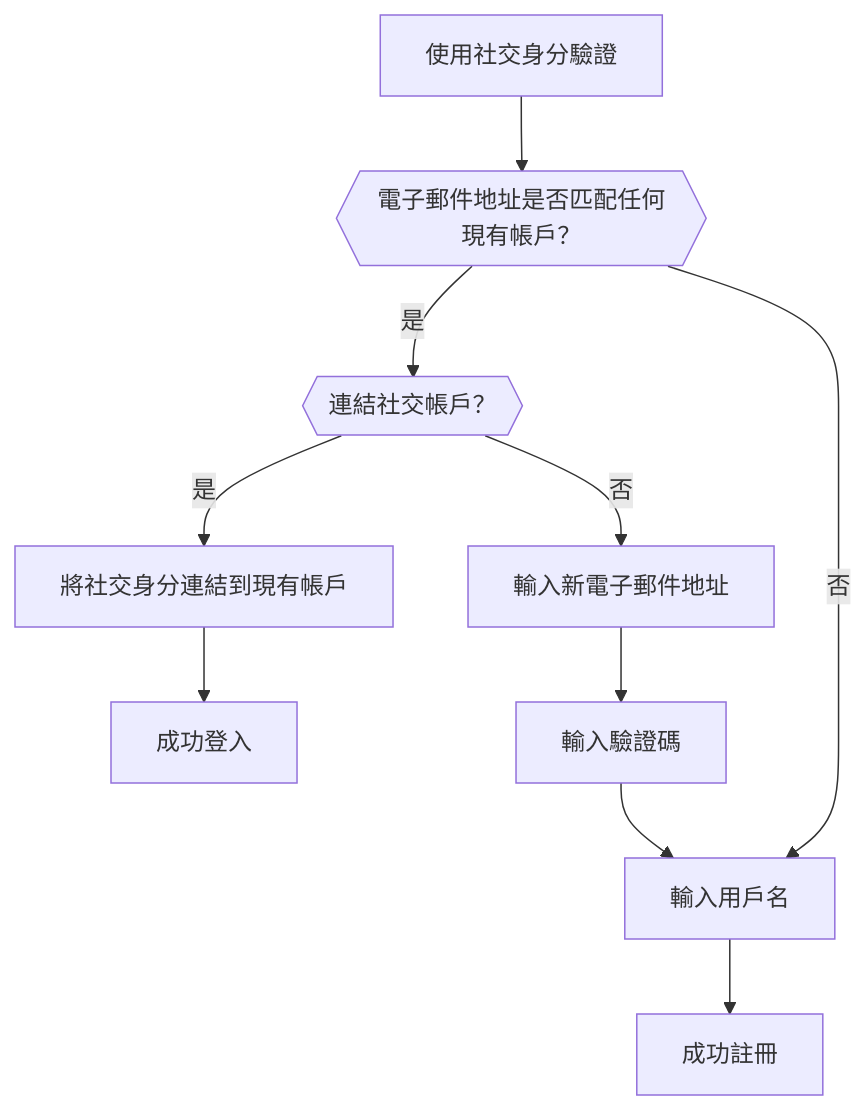
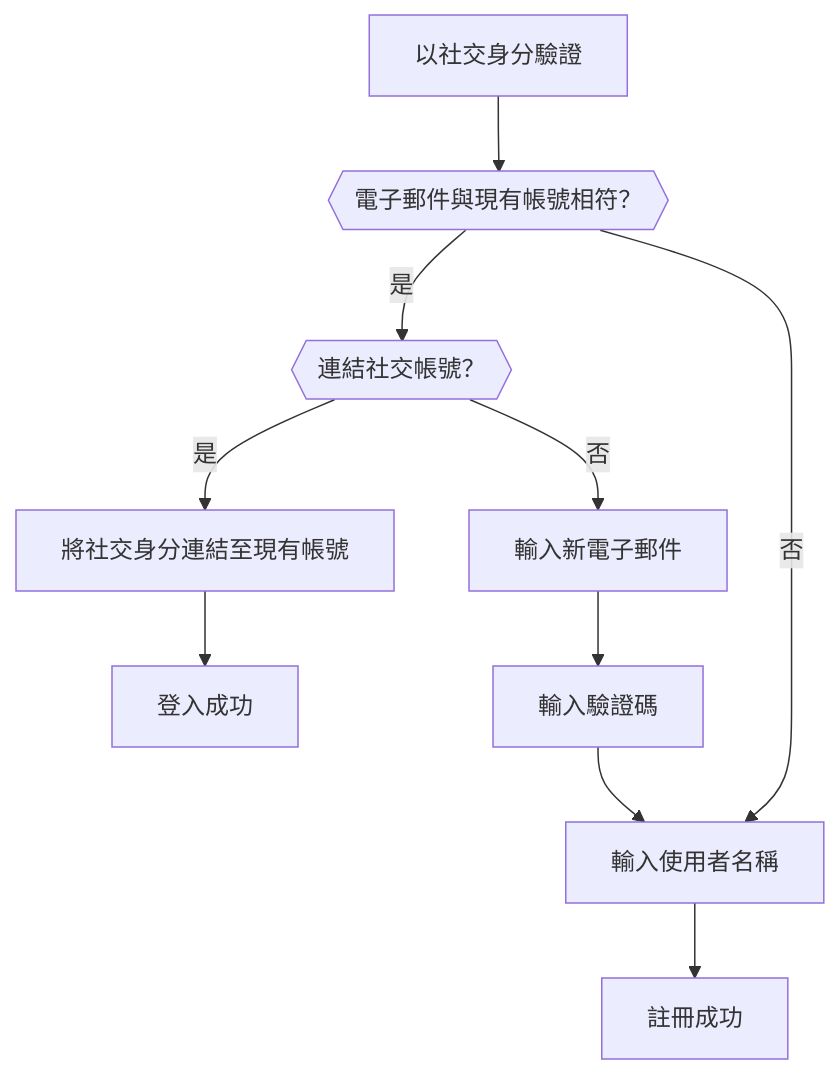
The fifth of 6 diagrams in i18n/zh-TW/docusaurus-plugin-content-docs/current/end-user-flows/sign-up-and-sign-in/social-sign-in.mdx (logto-io/docs), drawn with Mermaid before and after one commit. The commit also changed other lines of this file and 59 other files, not shown here.

````diff
--- a/i18n/zh-TW/docusaurus-plugin-content-docs/current/end-user-flows/sign-up-and-sign-in/social-sign-in.mdx
+++ b/i18n/zh-TW/docusaurus-plugin-content-docs/current/end-user-flows/sign-up-and-sign-in/social-sign-in.mdx
@@ -159,12 +134,12 @@
    ```mermaid
       flowchart TD
-       A[使用社交身分驗證] --> B{{電子郵件地址是否匹配任何現有帳戶？}}
-       B -- 是 --> C{{連結社交帳戶？}}
-       C -- 是 --> D[將社交身分連結到現有帳戶]
-       D --> E[成功登入]
-       C -- 否 --> F[輸入新電子郵件地址]
+       A[以社交身分驗證] --> B{{電子郵件與現有帳號相符？}}
+       B -- 是 --> C{{連結社交帳號？}}
+       C -- 是 --> D[將社交身分連結至現有帳號]
+       D --> E[登入成功]
+       C -- 否 --> F[輸入新電子郵件]
        F --> G[輸入驗證碼]
-       G --> H[輸入用戶名]
-       H --> I[成功註冊]
+       G --> H[輸入使用者名稱]
+       H --> I[註冊成功]
        B -- 否 --> H
    ```
````
